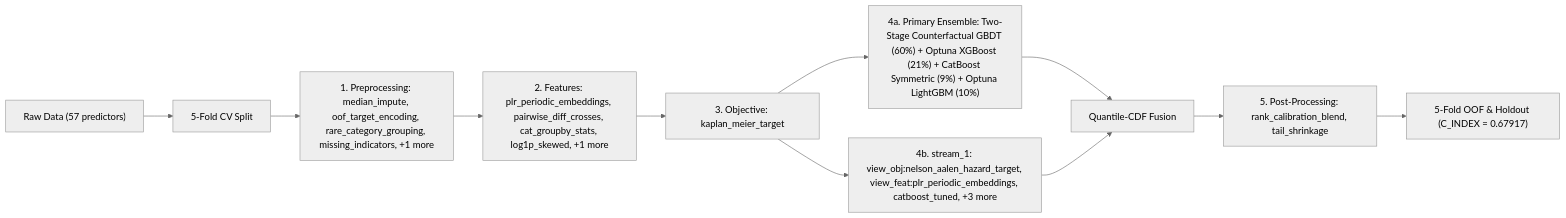
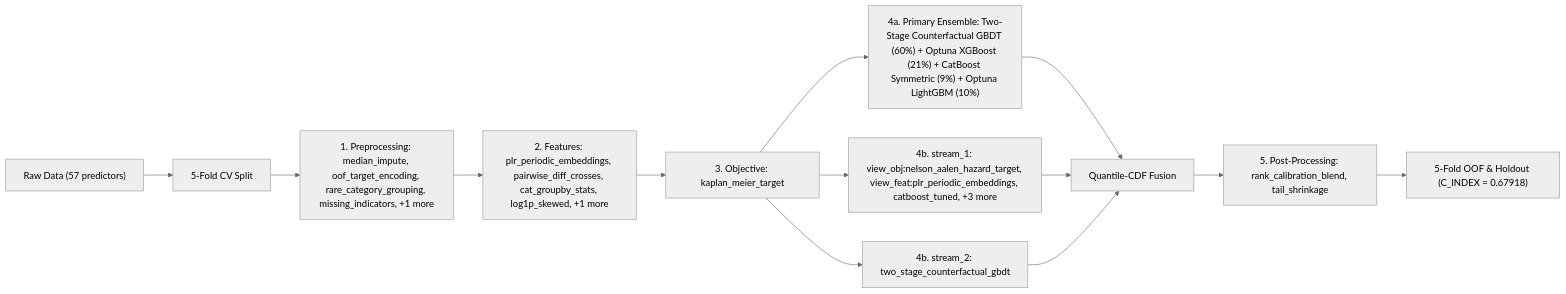
Before and after one commit to stefanoclss/CIBMTR-Equity-in-Post-HCT-Survival-Predictions: the diagram in README.md, drawn with Mermaid (neutral theme). The commit also changed other lines of this file, not shown here.

First line of the commit message:
docs(readme): refresh verified OOF benchmark & build ledger (C_INDEX=0.67918)

````diff
--- a/README.md
+++ b/README.md
@@ -146,13 +147,15 @@
 ```mermaid
 flowchart LR
     DATA["Raw Data (57 predictors)"] --> SPLIT["5-Fold CV Split"]
     SPLIT --> PRE["1. Preprocessing: median_impute, oof_target_encoding, rare_category_grouping, missing_indicators, +1 more"]
     PRE --> FEAT["2. Features: plr_periodic_embeddings, pairwise_diff_crosses, cat_groupby_stats, log1p_skewed, +1 more"]
     FEAT --> OBJ["3. Objective: kaplan_meier_target"]
     OBJ --> M0["4a. Primary Ensemble: Two-Stage Counterfactual GBDT (60%) + Optuna XGBoost (21%) + CatBoost Symmetric (9%) + Optuna LightGBM (10%)"]
     M0 --> FUSE["Quantile-CDF Fusion"]
     OBJ --> S1["4b. stream_1: view_obj:nelson_aalen_hazard_target, view_feat:plr_periodic_embeddings, catboost_tuned, +3 more"]
     S1 --> FUSE
+    OBJ --> S2["4b. stream_2: two_stage_counterfactual_gbdt"]
+    S2 --> FUSE
     FUSE --> POST["5. Post-Processing: rank_calibration_blend, tail_shrinkage"]
-    POST --> OUT["5-Fold OOF & Holdout (C_INDEX = 0.67917)"]
+    POST --> OUT["5-Fold OOF & Holdout (C_INDEX = 0.67918)"]
 ```
````
